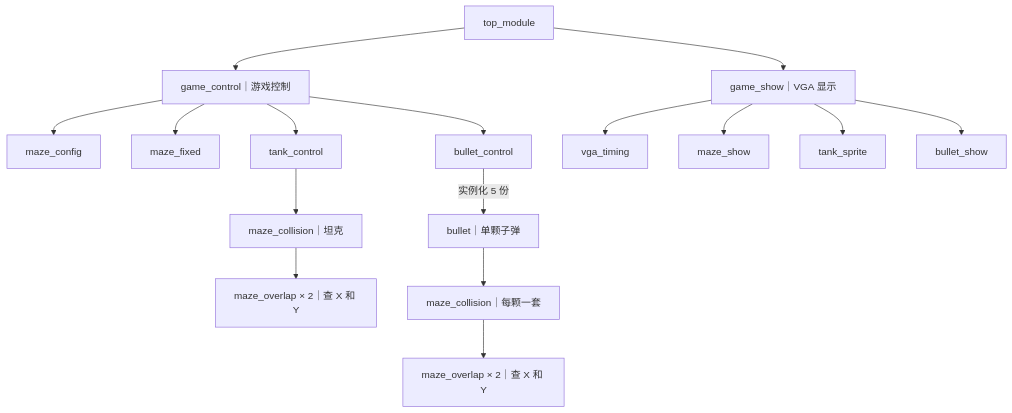
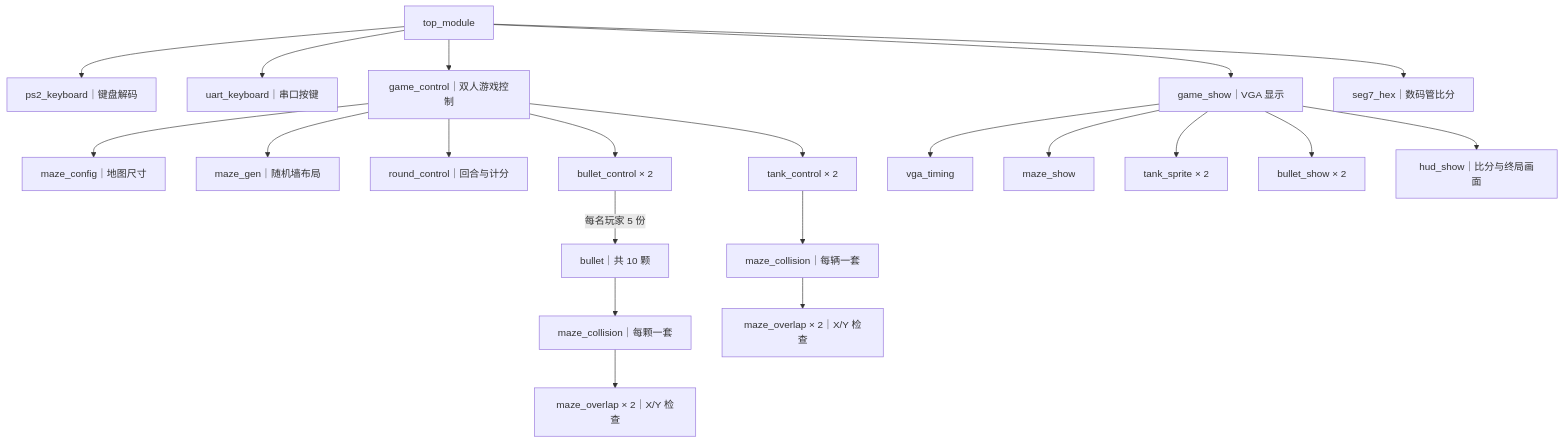
The diagram in README.md (sjy0630/tank-battle), drawn with Mermaid before and after one commit. The commit also changed other lines of this file, not shown here.

````diff
--- a/README.md
+++ b/README.md
@@ -13,22 +93,24 @@
 ```mermaid
 flowchart TB
     top["top_module"]
-    top --> control["game_control｜游戏控制"]
+    top --> ps2["ps2_keyboard｜键盘解码"]
+    top --> uart["uart_keyboard｜串口按键"]
+    top --> control["game_control｜双人游戏控制"]
     top --> show["game_show｜VGA 显示"]
-
-    control --> config["maze_config"]
-    control --> fixedMap["maze_fixed"]
-    control --> tankControl["tank_control"]
-    control --> bulletControl["bullet_control"]
-
-    tankControl --> tankCollision["maze_collision｜坦克"]
-    tankCollision --> tankCheck["maze_overlap × 2｜查 X 和 Y"]
-    bulletControl -->|"实例化 5 份"| bullet["bullet｜单颗子弹"]
-    bullet --> bulletCollision["maze_collision｜每颗一套"]
-    bulletCollision --> bulletCheck["maze_overlap × 2｜查 X 和 Y"]
-
+    top --> score["seg7_hex｜数码管比分"]
+    control --> config["maze_config｜地图尺寸"]
+    control --> gen["maze_gen｜随机墙布局"]
+    control --> round["round_control｜回合与计分"]
+    control --> tank["tank_control × 2"]
+    control --> bullets["bullet_control × 2"]
+    tank --> tc["maze_collision｜每辆一套"]
+    bullets -->|"每名玩家 5 份"| bullet["bullet｜共 10 颗"]
+    bullet --> bc["maze_collision｜每颗一套"]
+    tc --> tx["maze_overlap × 2｜X/Y 检查"]
+    bc --> bx["maze_overlap × 2｜X/Y 检查"]
     show --> timing["vga_timing"]
-    show --> mazeShow["maze_show"]
-    show --> tankSprite["tank_sprite"]
-    show --> bulletShow["bullet_show"]
+    show --> maze["maze_show"]
+    show --> sprite["tank_sprite × 2"]
+    show --> shots["bullet_show × 2"]
+    show --> hud["hud_show｜比分与终局画面"]
 ```
````
